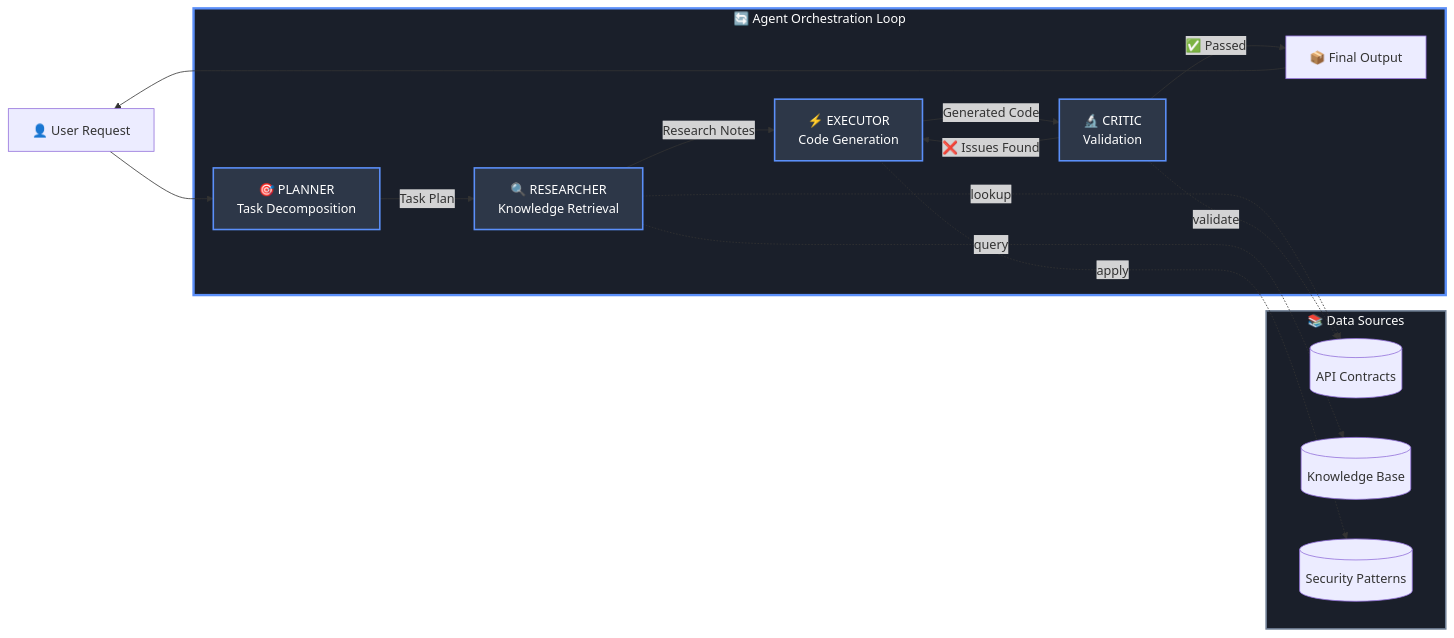
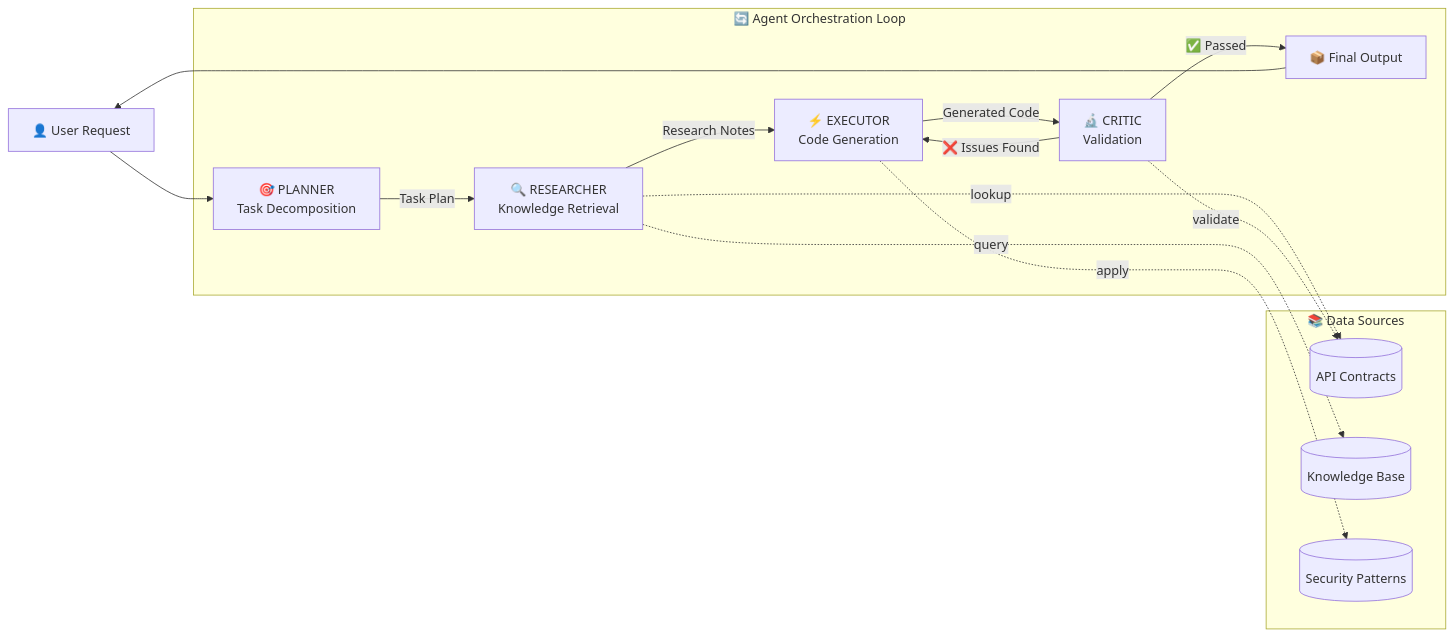
One commit to jobel-ai/jobel-ai.github.io changed the diagram in documentation/docs/architecture/multi-agent.md. Above: the diagram before and after it, drawn with Mermaid. The commit also changed 5 other files, not shown here.

````diff
--- a/documentation/docs/architecture/multi-agent.md
+++ b/documentation/docs/architecture/multi-agent.md
@@ -26,37 +26,30 @@
 ```mermaid
 flowchart LR
     User[👤 User Request] --> Planner
     
     subgraph AgentLoop["🔄 Agent Orchestration Loop"]
         Planner[🎯 PLANNER<br/>Task Decomposition]
         Researcher[🔍 RESEARCHER<br/>Knowledge Retrieval]
         Executor[⚡ EXECUTOR<br/>Code Generation]
         Critic[🔬 CRITIC<br/>Validation]
         
         Planner -->|Task Plan| Researcher
         Researcher -->|Research Notes| Executor
         Executor -->|Generated Code| Critic
         Critic -->|✅ Passed| Output
         Critic -->|❌ Issues Found| Executor
     end
     
     Output[📦 Final Output] --> User
     
     subgraph DataSources["📚 Data Sources"]
         Contracts[(API Contracts)]
         Knowledge[(Knowledge Base)]
         Security[(Security Patterns)]
     end
     
     Researcher -.query.-> Knowledge
     Researcher -.lookup.-> Contracts
     Executor -.apply.-> Security
     Critic -.validate.-> Contracts
-    
-    style Planner fill:#2d3748,stroke:#5b8ff9,stroke-width:2px,color:#fff
-    style Researcher fill:#2d3748,stroke:#5b8ff9,stroke-width:2px,color:#fff
-    style Executor fill:#2d3748,stroke:#5b8ff9,stroke-width:2px,color:#fff
-    style Critic fill:#2d3748,stroke:#5b8ff9,stroke-width:2px,color:#fff
-    style AgentLoop fill:#1a1f2a,stroke:#5b8ff9,stroke-width:3px,color:#fff
-    style DataSources fill:#1a1f2a,stroke:#718096,stroke-width:2px,color:#fff
 ```
````
